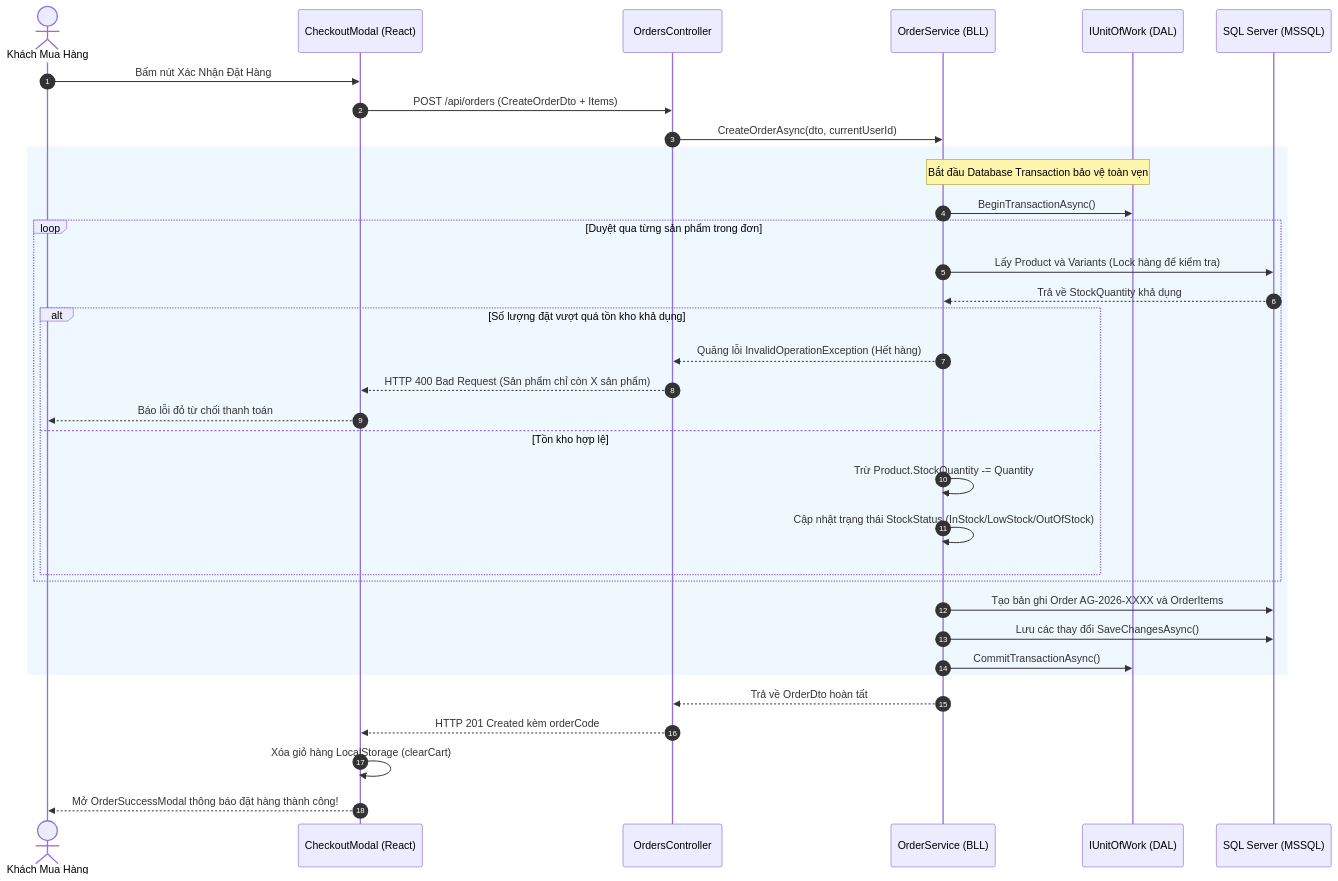
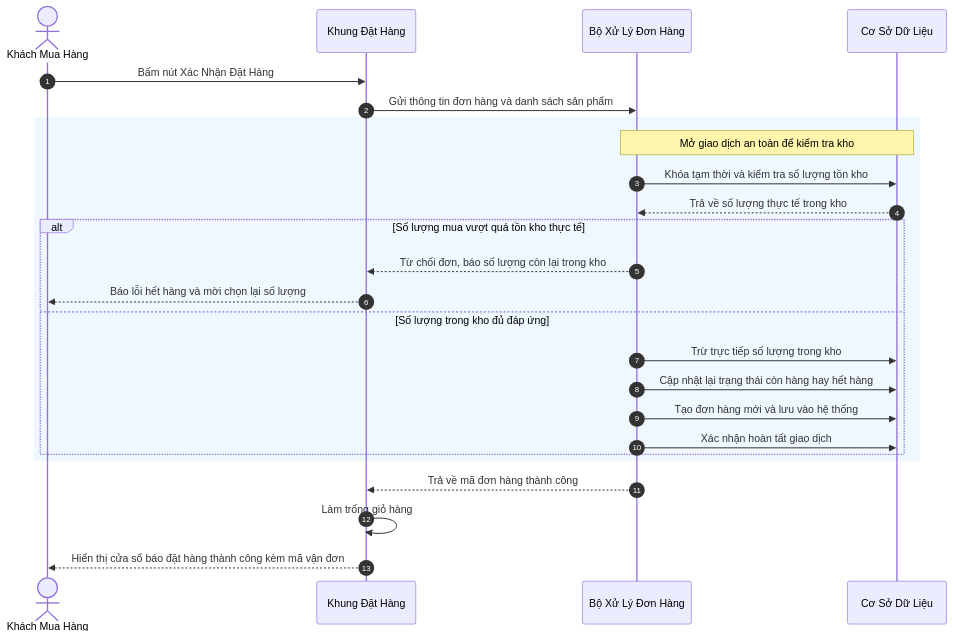
Before and after one commit to longthan12334/He-thong-thuong-mai-ien-tu-tich-hop-AI: diagram 12 of 16 in BAO_CAO_THIET_KE_HE_THONG.md, drawn with Mermaid. The commit also changed other lines of this file and 24 other files, not shown here.

````diff
--- a/BAO_CAO_THIET_KE_HE_THONG.md
+++ b/BAO_CAO_THIET_KE_HE_THONG.md
@@ -555,41 +542,31 @@
 ```mermaid
 sequenceDiagram
     autonumber
     actor Customer as Khách Mua Hàng
-    participant Modal as CheckoutModal (React)
-    participant OrderAPI as OrdersController
-    participant OrderService as OrderService (BLL)
-    participant UnitOfWork as IUnitOfWork (DAL)
-    participant DB as SQL Server (MSSQL)
+    participant CheckoutUI as Khung Đặt Hàng
+    participant OrderService as Bộ Xử Lý Đơn Hàng
+    participant DB as Cơ Sở Dữ Liệu
 
-    Customer->>Modal: Bấm nút Xác Nhận Đặt Hàng
-    Modal->>OrderAPI: POST /api/orders (CreateOrderDto + Items)
-    OrderAPI->>OrderService: CreateOrderAsync(dto, currentUserId)
+    Customer->>CheckoutUI: Bấm nút Xác Nhận Đặt Hàng
+    CheckoutUI->>OrderService: Gửi thông tin đơn hàng và danh sách sản phẩm
     
     rect rgb(240, 248, 255)
-        note over OrderService, UnitOfWork: Bắt đầu Database Transaction bảo vệ toàn vẹn
-        OrderService->>UnitOfWork: BeginTransactionAsync()
-        loop Duyệt qua từng sản phẩm trong đơn
-            OrderService->>DB: Lấy Product và Variants (Lock hàng để kiểm tra)
-            DB-->>OrderService: Trả về StockQuantity khả dụng
-            
-            alt Số lượng đặt vượt quá tồn kho khả dụng
-                OrderService-->>OrderAPI: Quăng lỗi InvalidOperationException (Hết hàng)
-                OrderAPI-->>Modal: HTTP 400 Bad Request (Sản phẩm chỉ còn X sản phẩm)
-                Modal-->>Customer: Báo lỗi đỏ từ chối thanh toán
-            else Tồn kho hợp lệ
-                OrderService->>OrderService: Trừ Product.StockQuantity -= Quantity
-                OrderService->>OrderService: Cập nhật trạng thái StockStatus (InStock/LowStock/OutOfStock)
-            end
+        note over OrderService, DB: Mở giao dịch an toàn để kiểm tra kho
+        OrderService->>DB: Khóa tạm thời và kiểm tra số lượng tồn kho
+        DB-->>OrderService: Trả về số lượng thực tế trong kho
+        
+        alt Số lượng mua vượt quá tồn kho thực tế
+            OrderService-->>CheckoutUI: Từ chối đơn, báo số lượng còn lại trong kho
+            CheckoutUI-->>Customer: Báo lỗi hết hàng và mời chọn lại số lượng
+        else Số lượng trong kho đủ đáp ứng
+            OrderService->>DB: Trừ trực tiếp số lượng trong kho
+            OrderService->>DB: Cập nhật lại trạng thái còn hàng hay hết hàng
+            OrderService->>DB: Tạo đơn hàng mới và lưu vào hệ thống
+            OrderService->>DB: Xác nhận hoàn tất giao dịch
         end
-
-        OrderService->>DB: Tạo bản ghi Order AG-2026-XXXX và OrderItems
-        OrderService->>DB: Lưu các thay đổi SaveChangesAsync()
-        OrderService->>UnitOfWork: CommitTransactionAsync()
     end
 
-    OrderService-->>OrderAPI: Trả về OrderDto hoàn tất
-    OrderAPI-->>Modal: HTTP 201 Created kèm orderCode
-    Modal->>Modal: Xóa giỏ hàng LocalStorage (clearCart)
-    Modal-->>Customer: Mở OrderSuccessModal thông báo đặt hàng thành công!
+    OrderService-->>CheckoutUI: Trả về mã đơn hàng thành công
+    CheckoutUI->>CheckoutUI: Làm trống giỏ hàng
+    CheckoutUI-->>Customer: Hiển thị cửa sổ báo đặt hàng thành công kèm mã vận đơn
 ```
````
